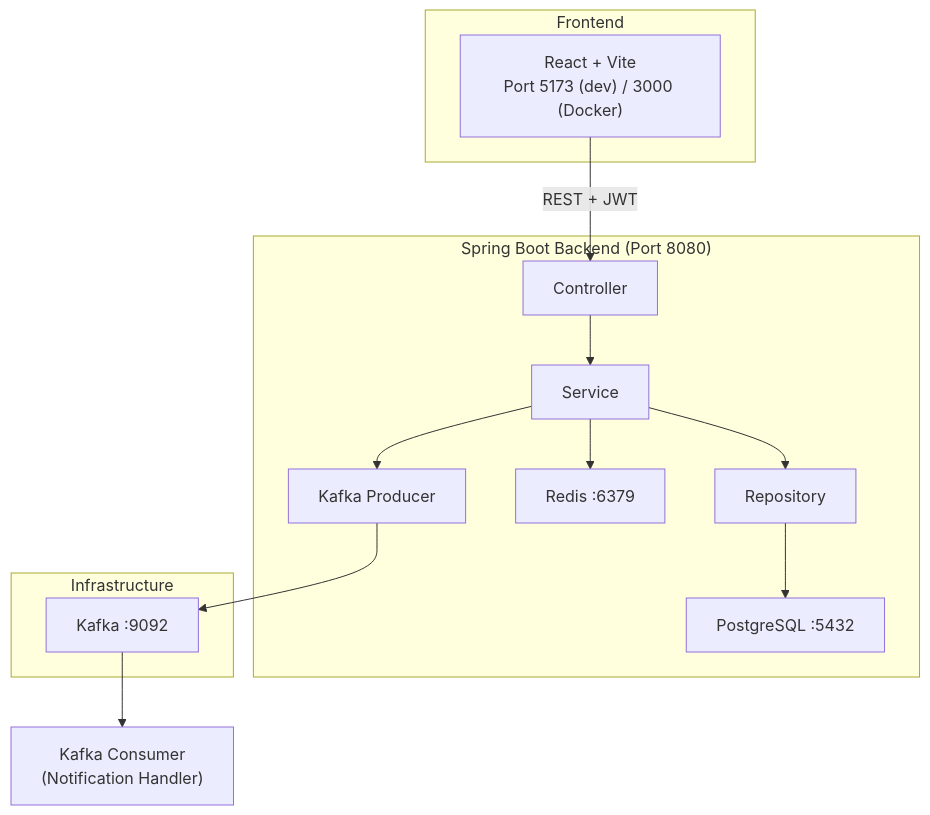
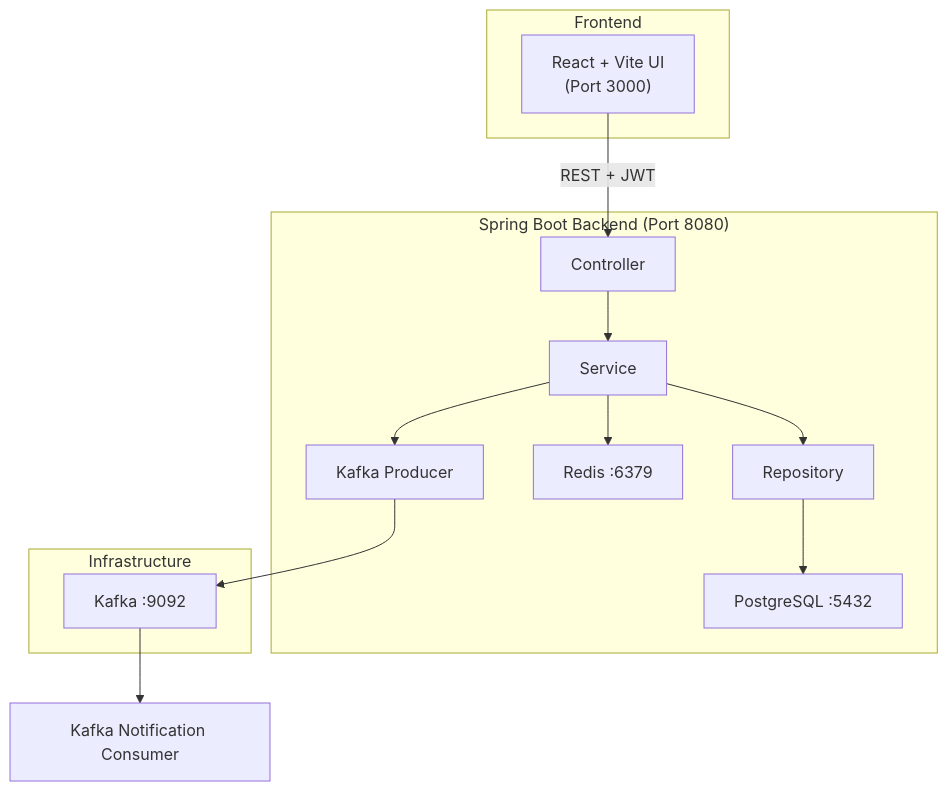
One commit to prabhakar111ji/Enterprise-E-Commerce-Order-Management-Platform changed the first of 2 diagrams in README.md. Above: the diagram before and after it, drawn with Mermaid. The commit also changed other lines of this file, not shown here.

````diff
--- a/README.md
+++ b/README.md
@@ -24,21 +24,21 @@
 ```mermaid
 graph TB
     subgraph Frontend
-        React["React + Vite\nPort 5173 (dev) / 3000 (Docker)"]
+        React["React + Vite UI\n(Port 3000)"]
     end
     subgraph "Spring Boot Backend (Port 8080)"
         Controller --> Service
         Service --> Repository
         Repository --> PG["PostgreSQL"]
         Service --> Redis["Redis Cache"]
         Service --> Kafka["Kafka Producer"]
     end
     subgraph Infrastructure
         PG["PostgreSQL :5432"]
         Redis["Redis :6379"]
         KafkaBroker["Kafka :9092"]
     end
     React -->|"REST + JWT"| Controller
     Kafka --> KafkaBroker
-    KafkaBroker --> Consumer["Kafka Consumer\n(Notification Handler)"]
+    KafkaBroker --> Consumer["Kafka Notification Consumer"]
 ```
````
